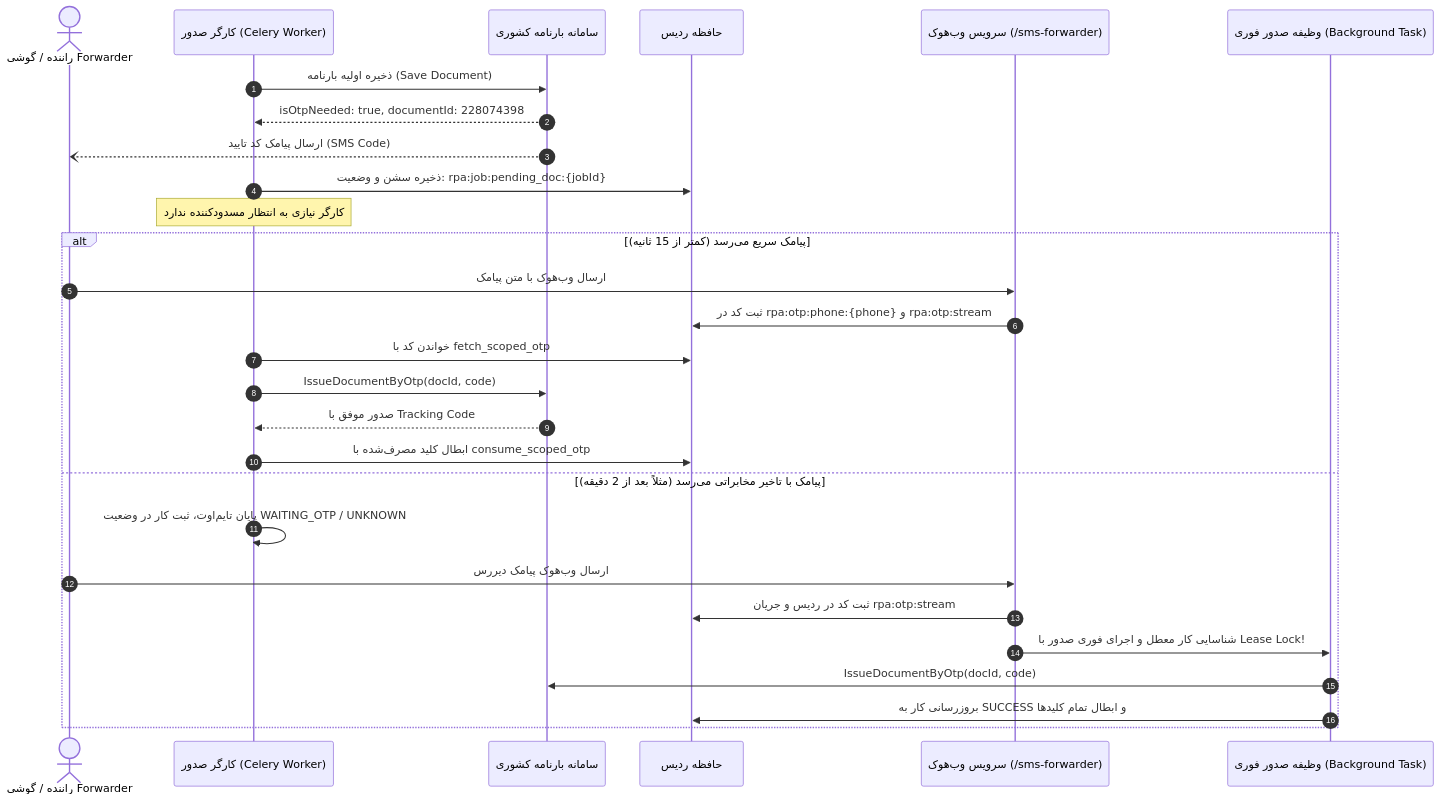
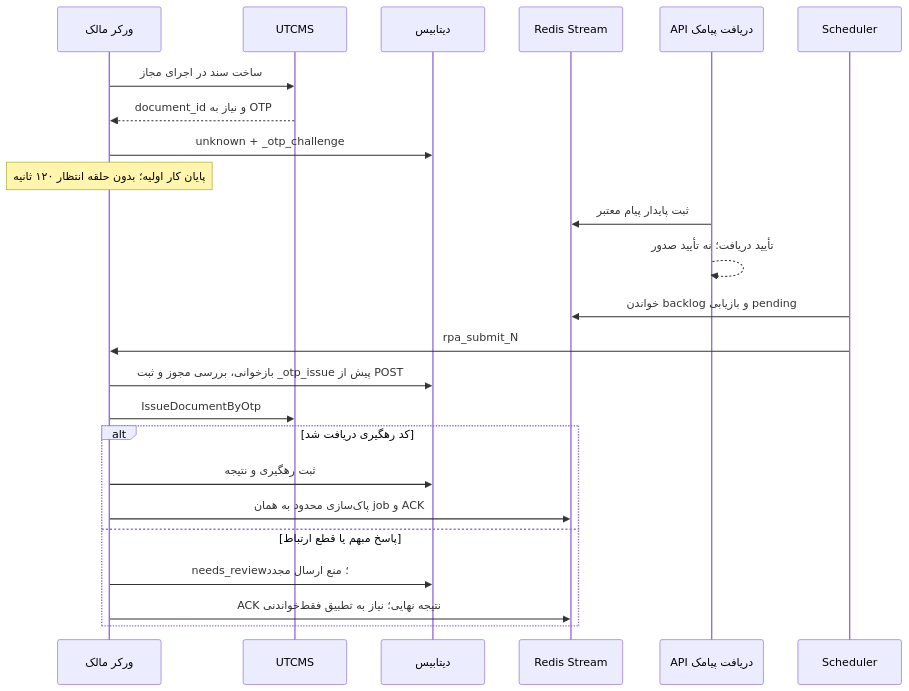
The diagram in docs/SMS_FORWARDER_AND_OTP_LIFECYCLE.md (amir-hdri/BarPro-main), drawn with Mermaid before and after one commit. The commit also changed other lines of this file and 197 other files, not shown here.

````diff
--- a/docs/SMS_FORWARDER_AND_OTP_LIFECYCLE.md
+++ b/docs/SMS_FORWARDER_AND_OTP_LIFECYCLE.md
@@ -143,33 +10,26 @@
 ```mermaid
 sequenceDiagram
-    autonumber
-    actor Driver as راننده / گوشی Forwarder
-    participant Worker as کارگر صدور (Celery Worker)
-    participant UTCMS as سامانه بارنامه کشوری
-    participant Redis as حافظه ردیس
-    participant Webhook as سرویس وب‌هوک (/sms-forwarder)
-    participant FastIssuer as وظیفه صدور فوری (Background Task)
-
-    Worker->>UTCMS: ذخیره اولیه بارنامه (Save Document)
-    UTCMS-->>Worker: isOtpNeeded: true, documentId: 228074398
-    UTCMS--)Driver: ارسال پیامک کد تایید (SMS Code)
-    
-    Worker->>Redis: ذخیره سشن و وضعیت: rpa:job:pending_doc:{jobId}
-    Note over Worker: کارگر نیازی به انتظار مسدودکننده ندارد
-    
-    alt پیامک سریع می‌رسد (کمتر از 15 ثانیه)
-        Driver->>Webhook: ارسال وب‌هوک با متن پیامک
-        Webhook->>Redis: ثبت کد در rpa:otp:phone:{phone} و rpa:otp:stream
-        Worker->>Redis: خواندن کد با fetch_scoped_otp
-        Worker->>UTCMS: IssueDocumentByOtp(docId, code)
-        UTCMS-->>Worker: صدور موفق با Tracking Code
-        Worker->>Redis: ابطال کلید مصرف‌شده با consume_scoped_otp
-    else پیامک با تاخیر مخابراتی می‌رسد (مثلاً بعد از 2 دقیقه)
-        Worker->>Worker: پایان تایم‌اوت، ثبت کار در وضعیت WAITING_OTP / UNKNOWN
-        Driver->>Webhook: ارسال وب‌هوک پیامک دیررس
-        Webhook->>Redis: ثبت کد در ردیس و جریان rpa:otp:stream
-        Webhook->>FastIssuer: شناسایی کار معطل و اجرای فوری صدور با Lease Lock!
-        FastIssuer->>UTCMS: IssueDocumentByOtp(docId, code)
-        FastIssuer->>Redis: بروزرسانی کار به SUCCESS و ابطال تمام کلیدها
+    participant W as ورکر مالک
+    participant U as UTCMS
+    participant D as دیتابیس
+    participant R as Redis Stream
+    participant A as API دریافت پیامک
+    participant S as Scheduler
+    W->>U: ساخت سند در اجرای مجاز
+    U-->>W: document_id و نیاز به OTP
+    W->>D: unknown + _otp_challenge
+    Note over W: پایان کار اولیه؛ بدون حلقه انتظار ۱۲۰ ثانیه
+    A->>R: ثبت پایدار پیام معتبر
+    A-->>A: تأیید دریافت؛ نه تأیید صدور
+    S->>R: خواندن backlog و بازیابی pending
+    S->>W: rpa_submit_N
+    W->>D: بازخوانی، بررسی مجوز و ثبت _otp_issue پیش از POST
+    W->>U: IssueDocumentByOtp
+    alt کد رهگیری دریافت شد
+        W->>D: ثبت رهگیری و نتیجه
+        W->>R: پاک‌سازی محدود به همان job و ACK
+    else پاسخ مبهم یا قطع ارتباط
+        W->>D: needs_review؛ منع ارسال مجدد
+        W->>R: ACK نتیجه نهایی؛ نیاز به تطبیق فقط‌خواندنی
     end
 ```
````
